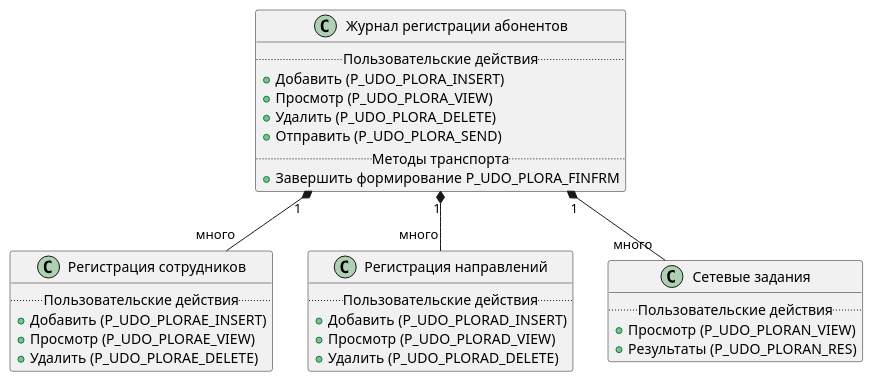
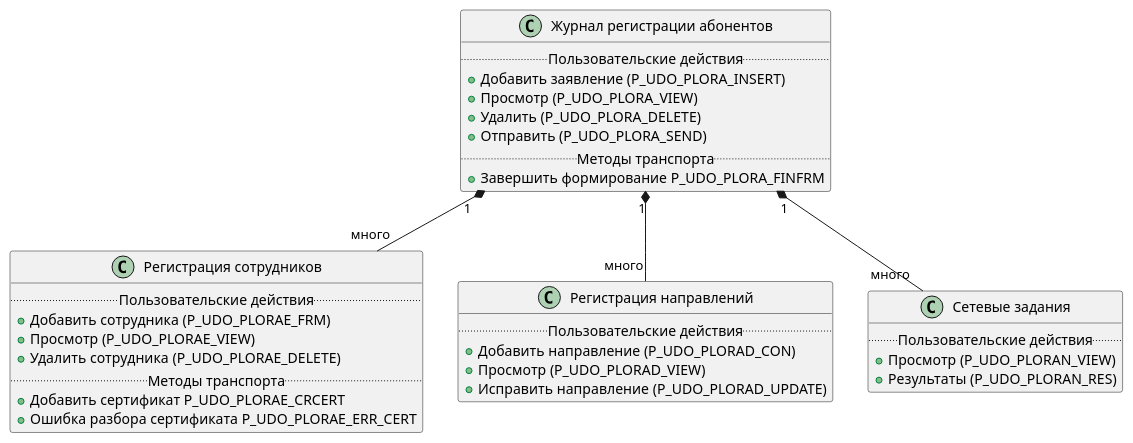
One commit to citpb/platform-astral-schemes changed the diagram in udo_plora_classes.puml. Above: the diagram before and after it, drawn with PlantUML.

```diff
--- a/udo_plora_classes.puml
+++ b/udo_plora_classes.puml
@@ -1,37 +1,40 @@
 @startuml
 
 class "Журнал регистрации абонентов" as MasterClass {
 ..Пользовательские действия..
-{method}+Добавить (P_UDO_PLORA_INSERT)
+{method}+Добавить заявление (P_UDO_PLORA_INSERT)
 {method}+Просмотр (P_UDO_PLORA_VIEW)
 {method}+Удалить (P_UDO_PLORA_DELETE)
 {method}+Отправить (P_UDO_PLORA_SEND)
 ..Методы транспорта..
 {method}+Завершить формирование P_UDO_PLORA_FINFRM
 }
 
 class "Регистрация сотрудников" as SpecClass1 {
 ..Пользовательские действия..
-{method}+Добавить (P_UDO_PLORAE_INSERT)
+{method}+Добавить сотрудника (P_UDO_PLORAE_FRM)
 {method}+Просмотр (P_UDO_PLORAE_VIEW)
-{method}+Удалить (P_UDO_PLORAE_DELETE)
+{method}+Удалить сотрудника (P_UDO_PLORAE_DELETE)
+..Методы транспорта..
+{method}+Добавить сертификат P_UDO_PLORAE_CRCERT
+{method}+Ошибка разбора сертификата P_UDO_PLORAE_ERR_CERT
 }
 
 class "Регистрация направлений" as SpecClass2 {
 ..Пользовательские действия..
-{method}+Добавить (P_UDO_PLORAD_INSERT)
+{method}+Добавить направление (P_UDO_PLORAD_CON)
 {method}+Просмотр (P_UDO_PLORAD_VIEW)
-{method}+Удалить (P_UDO_PLORAD_DELETE)
+{method}+Исправить направление (P_UDO_PLORAD_UPDATE)
 }
 
 class "Сетевые задания" as SpecClass3 {
 ..Пользовательские действия..
 {method}+Просмотр (P_UDO_PLORAN_VIEW)
 {method}+Результаты (P_UDO_PLORAN_RES)
 }
 
 MasterClass "1" *-- "много" SpecClass1
 MasterClass "1" *-- "много" SpecClass2
 MasterClass "1" *-- "много" SpecClass3
 
 @enduml
```
